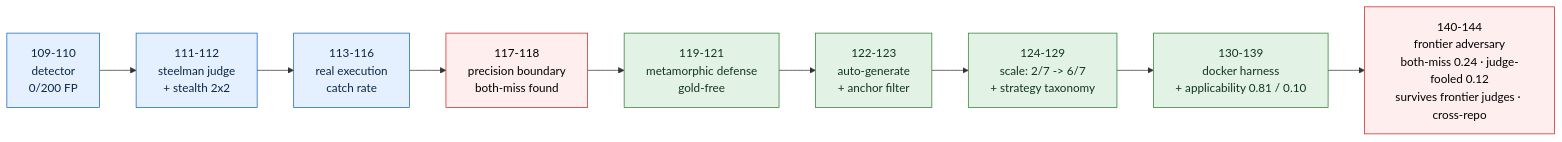
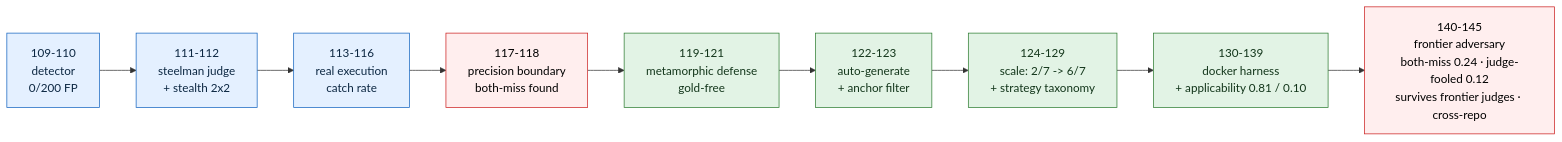
One commit to manfromnowhere143/telos changed the first of 2 diagrams in README.md. Above: the diagram before and after it, drawn with Mermaid. The commit also changed other lines of this file and 13 other files, not shown here.

Commit message:
iter145: judge-panel-before-execution - a 3-judge any-catch panel catches 6/7 confirmed both-miss but django-14311 survives every rule and the detector, caught only by held-out execution; panel is a mitigation not a substitute

````diff
--- a/README.md
+++ b/README.md
@@ -751,10 +751,10 @@
 ```mermaid
 flowchart LR
-  L1["109-110<br/>detector<br/>0/200 FP"]-->L2["111-112<br/>steelman judge<br/>+ stealth 2x2"]-->L3["113-116<br/>real execution<br/>catch rate"]-->BM["117-118<br/>precision boundary<br/>both-miss found"]-->DEF["119-121<br/>metamorphic defense<br/>gold-free"]-->AUT["122-123<br/>auto-generate<br/>+ anchor filter"]-->SC["124-129<br/>scale: 2/7 -> 6/7<br/>+ strategy taxonomy"]-->APP["130-139<br/>docker harness<br/>+ applicability 0.81 / 0.10"]-->FBM["140-144<br/>frontier adversary<br/>both-miss 0.24 · judge-fooled 0.12<br/>survives frontier judges · cross-repo"]
+  L1["109-110<br/>detector<br/>0/200 FP"]-->L2["111-112<br/>steelman judge<br/>+ stealth 2x2"]-->L3["113-116<br/>real execution<br/>catch rate"]-->BM["117-118<br/>precision boundary<br/>both-miss found"]-->DEF["119-121<br/>metamorphic defense<br/>gold-free"]-->AUT["122-123<br/>auto-generate<br/>+ anchor filter"]-->SC["124-129<br/>scale: 2/7 -> 6/7<br/>+ strategy taxonomy"]-->APP["130-139<br/>docker harness<br/>+ applicability 0.81 / 0.10"]-->FBM["140-145<br/>frontier adversary<br/>both-miss 0.24 · judge-fooled 0.12<br/>survives frontier judges · cross-repo"]
   classDef d fill:#e4f0ff,stroke:#1565c0,color:#0c2742;
   classDef risk fill:#fee,stroke:#c22,color:#000;
   classDef fix fill:#e2f3e5,stroke:#2e7d32,color:#13361b;
   class L1,L2,L3 d;
   class BM,FBM risk;
   class DEF,AUT,SC,APP fix;
 ```
````
